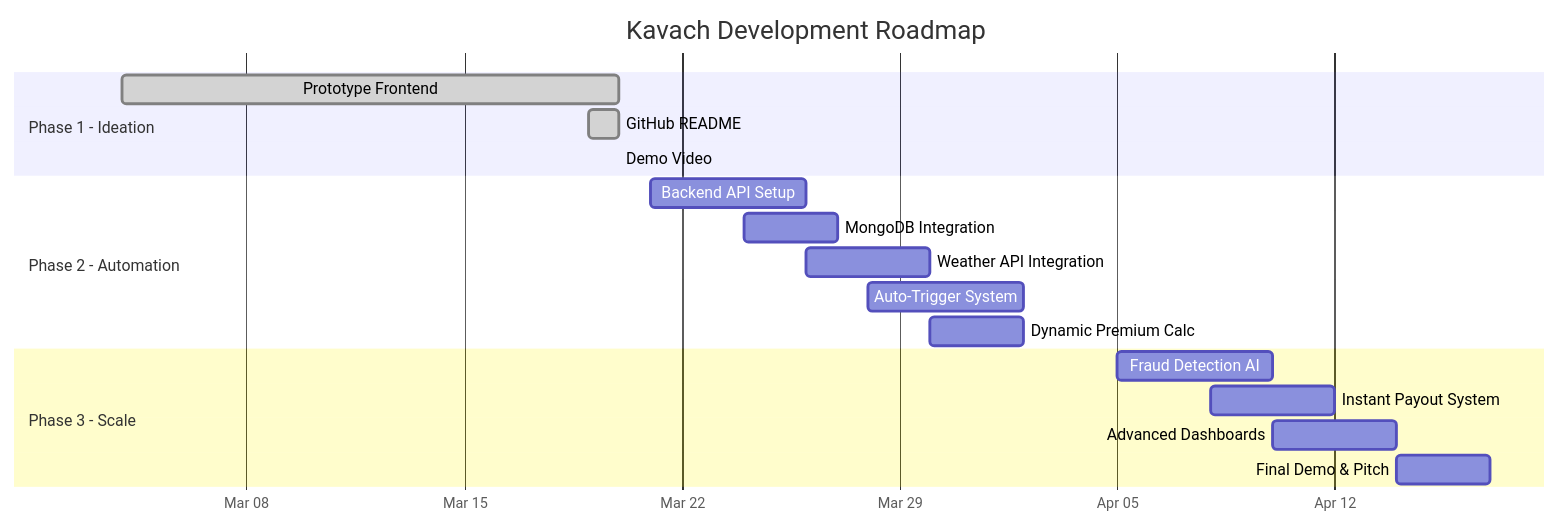
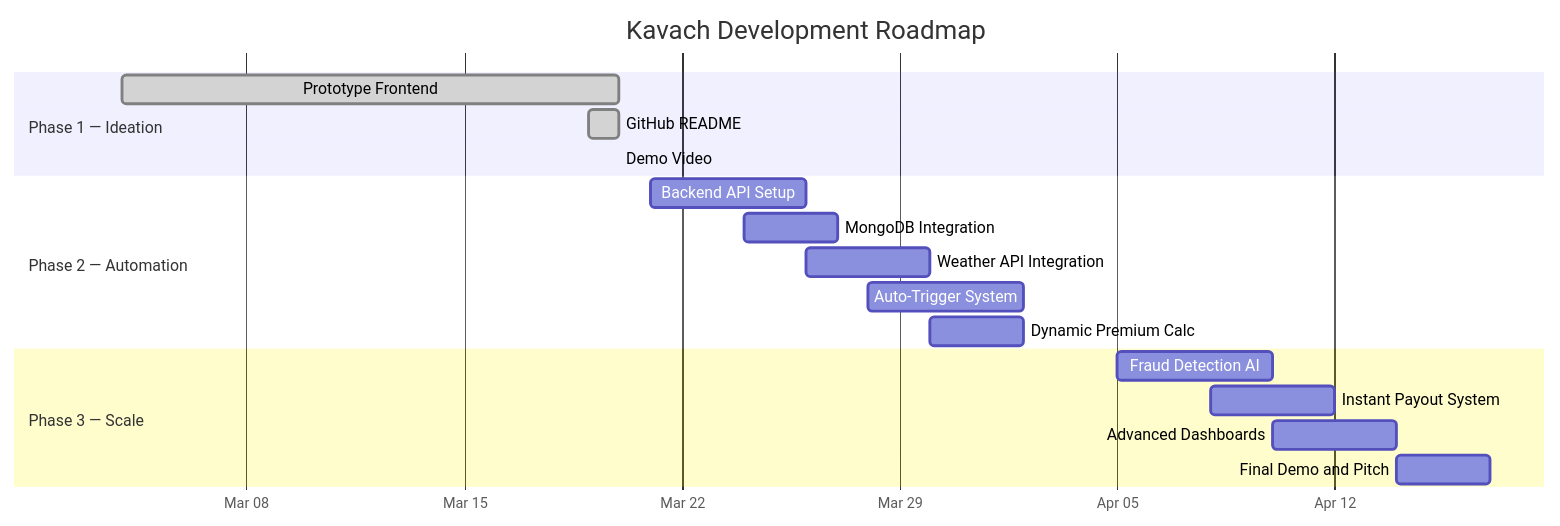
Before and after one commit to DunakaChetan/Kavach-GW: the ninth of 9 diagrams in README.md, drawn with Mermaid. The commit also changed other lines of this file and 1 other file, not shown here.

````diff
--- a/README.md
+++ b/README.md
@@ -382,24 +598,24 @@
 ```mermaid
 gantt
     title Kavach Development Roadmap
     dateFormat  YYYY-MM-DD
     axisFormat  %b %d
 
-    section Phase 1 - Ideation
+    section Phase 1 — Ideation
     Prototype Frontend       :done, p1a, 2026-03-04, 2026-03-20
     GitHub README            :done, p1b, 2026-03-19, 2026-03-20
     Demo Video               :active, p1c, 2026-03-20, 2026-03-20
 
-    section Phase 2 - Automation
+    section Phase 2 — Automation
     Backend API Setup        :p2a, 2026-03-21, 5d
     MongoDB Integration      :p2b, 2026-03-24, 3d
     Weather API Integration  :p2c, 2026-03-26, 4d
     Auto-Trigger System      :p2d, 2026-03-28, 5d
     Dynamic Premium Calc     :p2e, 2026-03-30, 3d
 
-    section Phase 3 - Scale
+    section Phase 3 — Scale
     Fraud Detection AI       :p3a, 2026-04-05, 5d
     Instant Payout System    :p3b, 2026-04-08, 4d
     Advanced Dashboards      :p3c, 2026-04-10, 4d
-    Final Demo & Pitch       :p3d, 2026-04-14, 3d
+    Final Demo and Pitch     :p3d, 2026-04-14, 3d
 ```
````
